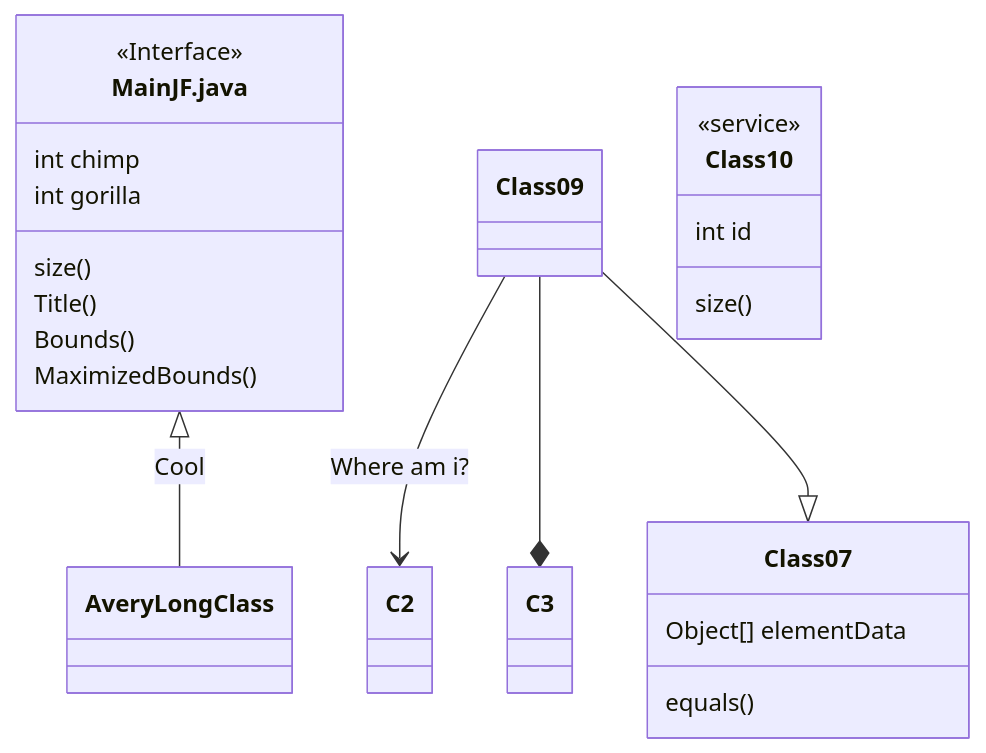
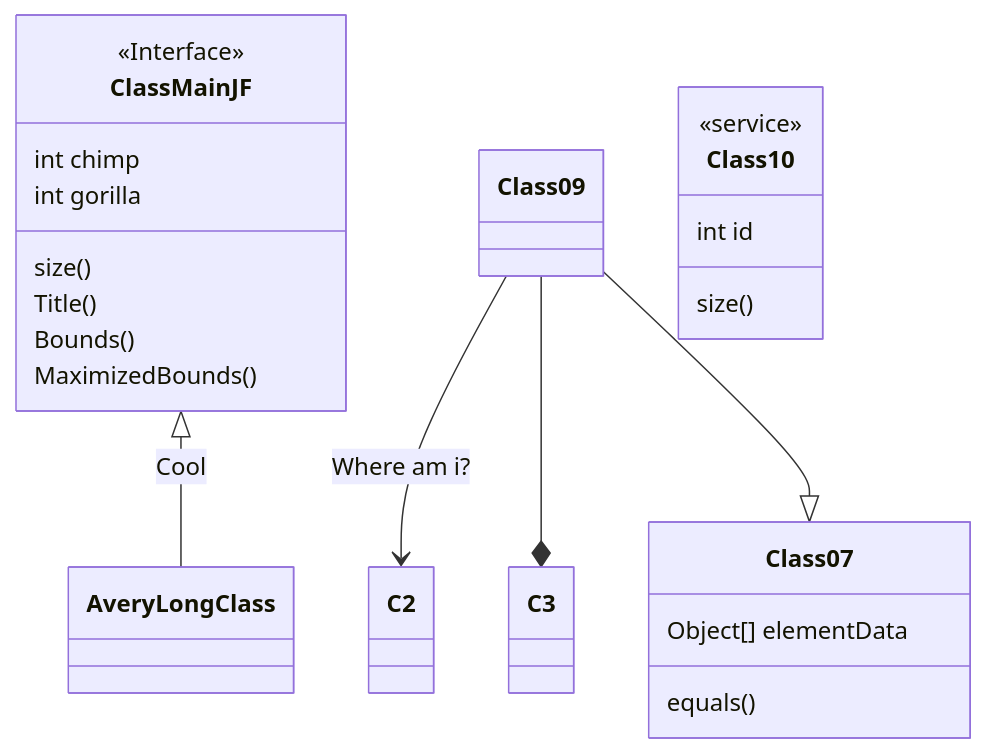
Before and after one commit to kawin101/Java_GUI_CRUD_CSV: the third of 3 diagrams in README.md, drawn with Mermaid.

````diff
--- a/README.md
+++ b/README.md
@@ -33,21 +33,21 @@
 ```mermaid
 classDiagram
-MainJF.java <|-- AveryLongClass : Cool
-<<Interface>> MainJF.java
+ClassMainJF <|-- AveryLongClass : Cool
+<<Interface>> ClassMainJF
 Class09 --> C2 : Where am i?
 Class09 --* C3
 Class09 --|> Class07
 Class07 : equals()
 Class07 : Object[] elementData
-MainJF.java : size()
-MainJF.java : Title()
-MainJF.java : Bounds()
-MainJF.java: MaximizedBounds()
-MainJF.java : int chimp
-MainJF.java : int gorilla
+ClassMainJF : size()
+ClassMainJF : Title()
+ClassMainJF : Bounds()
+ClassMainJF : MaximizedBounds()
+ClassMainJF : int chimp
+ClassMainJF : int gorilla
 class Class10 {
   <<service>>
   int id
   size()
 }
 ```
````
